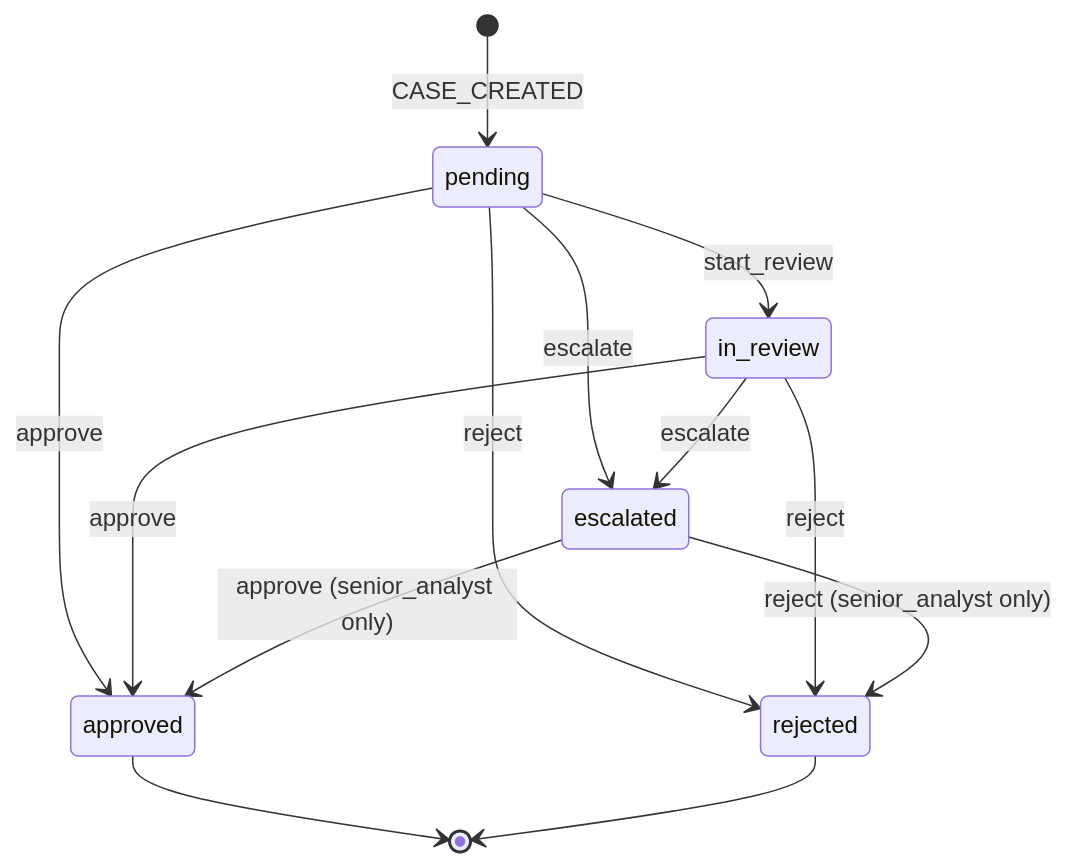
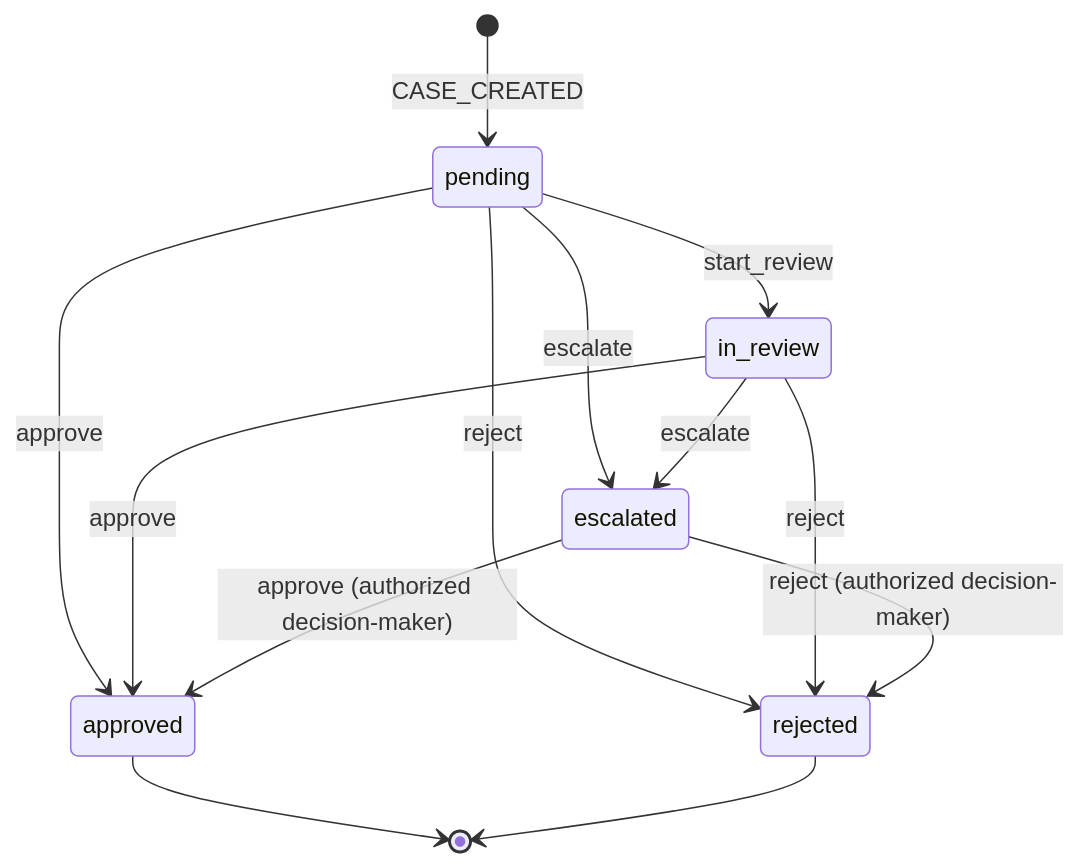
One commit to andreobueno/fde-demo changed the diagram in README.md. Above: the diagram before and after it, drawn with Mermaid. The commit also changed other lines of this file and 18 other files, not shown here.

````diff
--- a/README.md
+++ b/README.md
@@ -74,15 +74,15 @@
 ```mermaid
 stateDiagram-v2
     [*] --> pending: CASE_CREATED
     pending --> in_review: start_review
     pending --> approved: approve
     pending --> rejected: reject
     pending --> escalated: escalate
     in_review --> approved: approve
     in_review --> rejected: reject
     in_review --> escalated: escalate
-    escalated --> approved: approve (senior_analyst only)
-    escalated --> rejected: reject (senior_analyst only)
+    escalated --> approved: approve (authorized decision-maker)
+    escalated --> rejected: reject (authorized decision-maker)
     approved --> [*]
     rejected --> [*]
 ```
````
